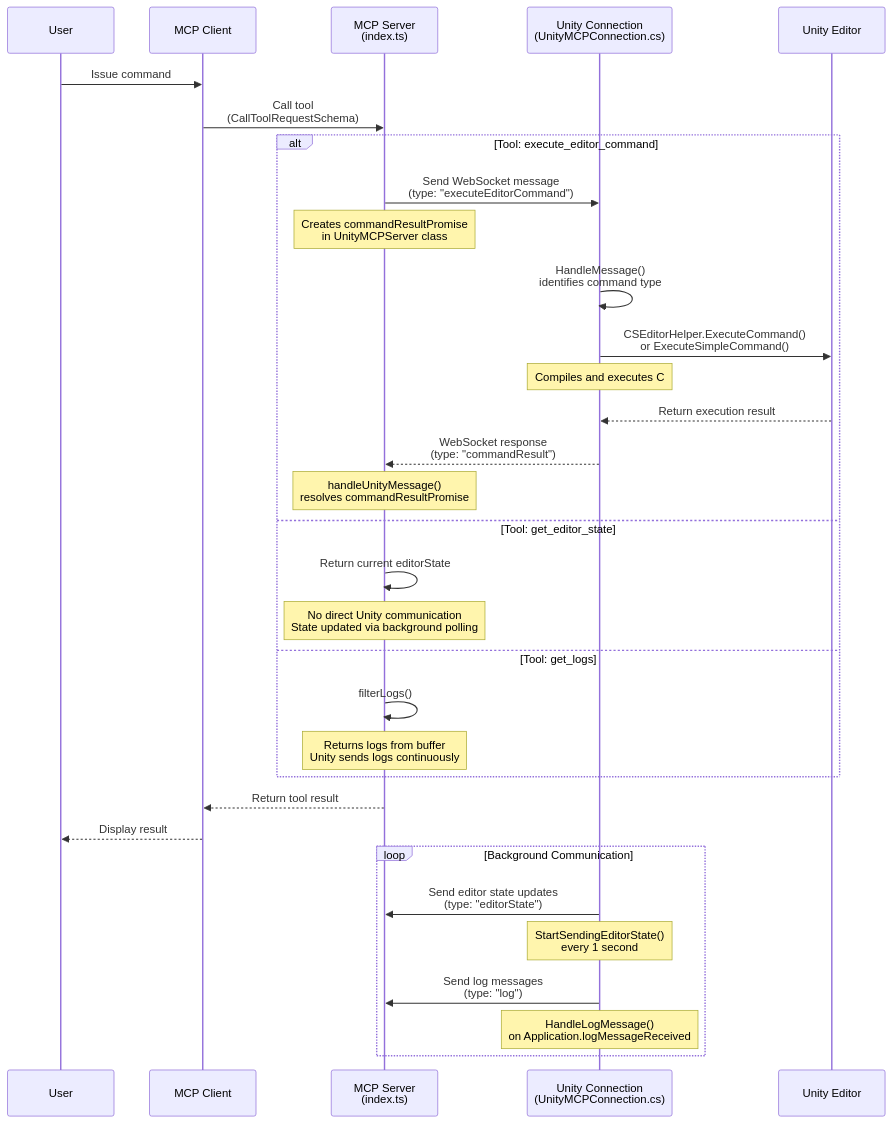
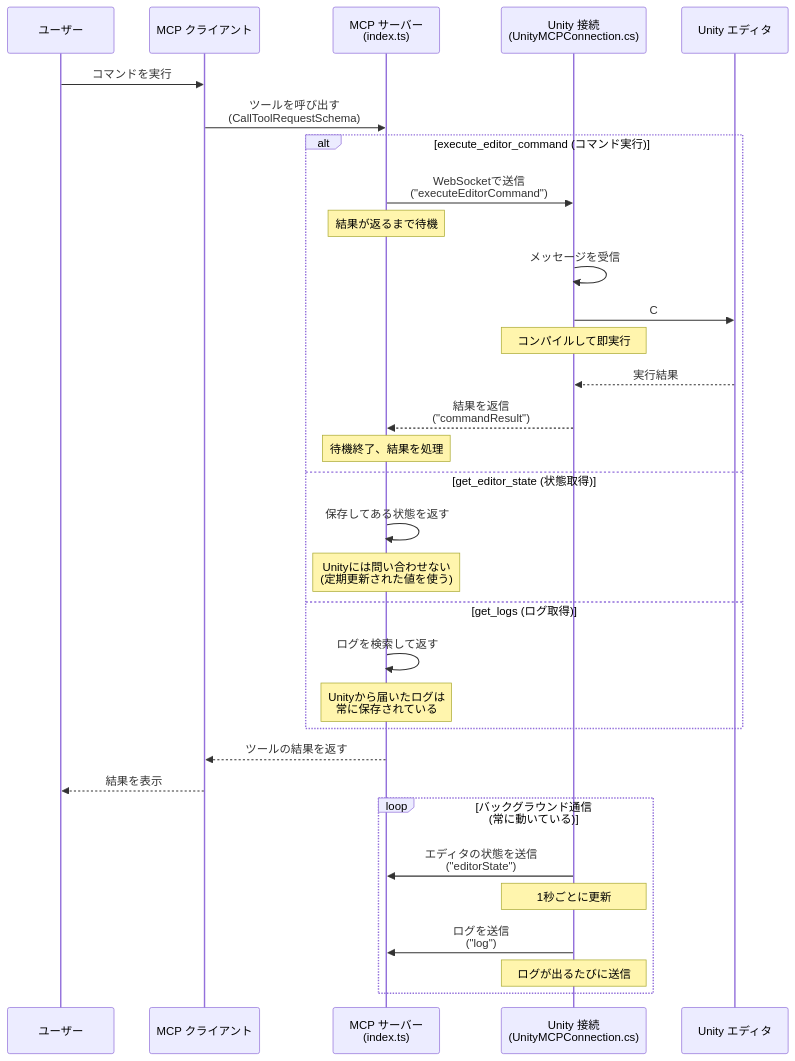
The diagram in diagram.mmd (KAFKA2306/UnityMCP-VRC), drawn with Mermaid before and after one commit. The commit also changed 4 other files, not shown here.

```diff
--- a/diagram.mmd
+++ b/diagram.mmd
@@ -1,40 +1,40 @@
 sequenceDiagram
-    participant User
-    participant MCPClient as MCP Client
-    participant MCPServer as MCP Server<br/>(index.ts)
-    participant UnityConn as Unity Connection<br/>(UnityMCPConnection.cs)
-    participant UnityEditor as Unity Editor
+    participant User as ユーザー
+    participant MCPClient as MCP クライアント
+    participant MCPServer as MCP サーバー<br/>(index.ts)
+    participant UnityConn as Unity 接続<br/>(UnityMCPConnection.cs)
+    participant UnityEditor as Unity エディタ
 
-    User->>MCPClient: Issue command
-    MCPClient->>MCPServer: Call tool<br/>(CallToolRequestSchema)
+    User->>MCPClient: コマンドを実行
+    MCPClient->>MCPServer: ツールを呼び出す<br/>(CallToolRequestSchema)
     
-    alt Tool: execute_editor_command
-        MCPServer->>UnityConn: Send WebSocket message<br/>(type: "executeEditorCommand")
-        Note over MCPServer: Creates commandResultPromise<br/>in UnityMCPServer class
+    alt execute_editor_command (コマンド実行)
+        MCPServer->>UnityConn: WebSocketで送信<br/>("executeEditorCommand")
+        Note over MCPServer: 結果が返るまで待機
         
-        UnityConn->>UnityConn: HandleMessage()<br/>identifies command type
-        UnityConn->>UnityEditor: CSEditorHelper.ExecuteCommand()<br/>or ExecuteSimpleCommand()
-        Note over UnityConn: Compiles and executes C# code
+        UnityConn->>UnityConn: メッセージを受信
+        UnityConn->>UnityEditor: C#コードを実行<br/>(CSEditorHelper)
+        Note over UnityConn: コンパイルして即実行
         
-        UnityEditor-->>UnityConn: Return execution result
-        UnityConn-->>MCPServer: WebSocket response<br/>(type: "commandResult")
+        UnityEditor-->>UnityConn: 実行結果
+        UnityConn-->>MCPServer: 結果を返信<br/>("commandResult")
         
-        Note over MCPServer: handleUnityMessage()<br/>resolves commandResultPromise
-    else Tool: get_editor_state
-        MCPServer->>MCPServer: Return current editorState
-        Note over MCPServer: No direct Unity communication<br/>State updated via background polling
-    else Tool: get_logs
-        MCPServer->>MCPServer: filterLogs()
-        Note over MCPServer: Returns logs from buffer<br/>Unity sends logs continuously
+        Note over MCPServer: 待機終了、結果を処理
+    else get_editor_state (状態取得)
+        MCPServer->>MCPServer: 保存してある状態を返す
+        Note over MCPServer: Unityには問い合わせない<br/>(定期更新された値を使う)
+    else get_logs (ログ取得)
+        MCPServer->>MCPServer: ログを検索して返す
+        Note over MCPServer: Unityから届いたログは<br/>常に保存されている
     end
     
-    MCPServer-->>MCPClient: Return tool result
-    MCPClient-->>User: Display result
+    MCPServer-->>MCPClient: ツールの結果を返す
+    MCPClient-->>User: 結果を表示
 
-    loop Background Communication
-        UnityConn->>MCPServer: Send editor state updates<br/>(type: "editorState")
-        Note over UnityConn: StartSendingEditorState()<br/>every 1 second
+    loop バックグラウンド通信 (常に動いている)
+        UnityConn->>MCPServer: エディタの状態を送信<br/>("editorState")
+        Note over UnityConn: 1秒ごとに更新
         
-        UnityConn->>MCPServer: Send log messages<br/>(type: "log")
-        Note over UnityConn: HandleLogMessage()<br/>on Application.logMessageReceived
+        UnityConn->>MCPServer: ログを送信<br/>("log")
+        Note over UnityConn: ログが出るたびに送信
     end
```
